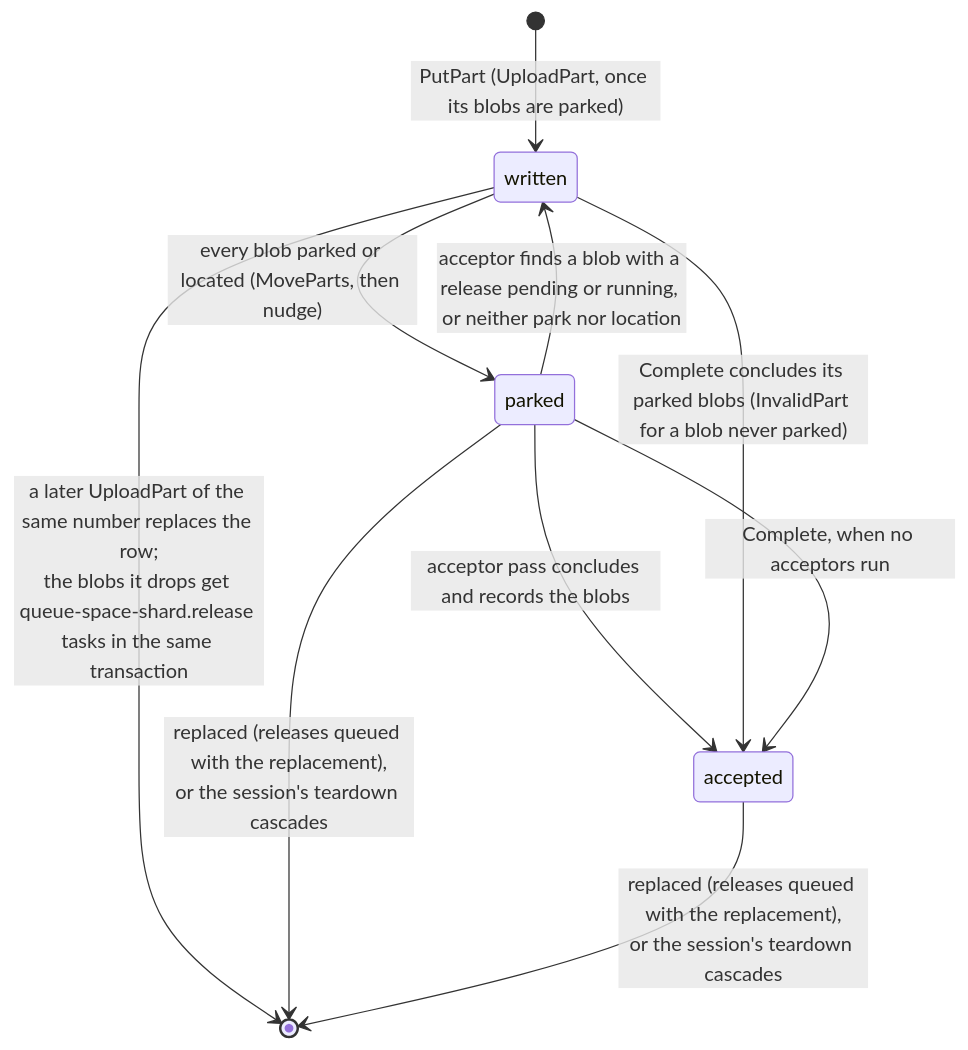
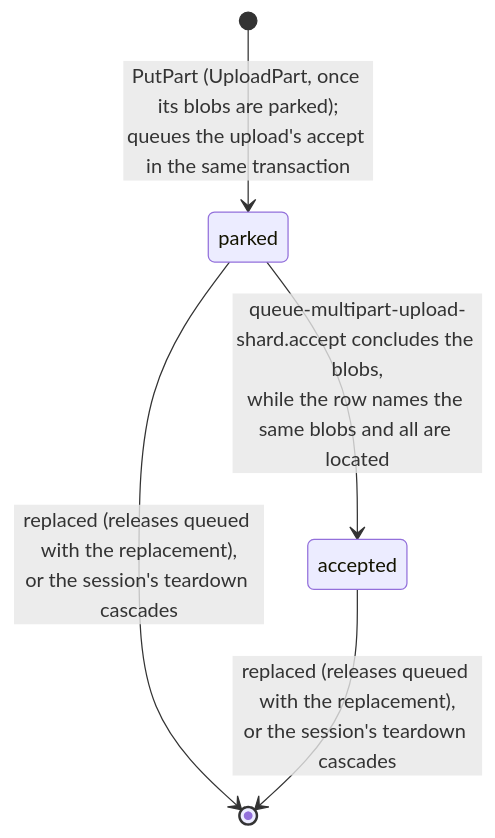
The seventh of 15 diagrams in docs/diagrams.md (fil-forge/ingot), drawn with Mermaid before and after one commit. The commit also changed other lines of this file and 37 other files, not shown here.

First line of the commit message:
feat: accept multipart parts with a queued task (#348)

````diff
--- a/docs/diagrams.md
+++ b/docs/diagrams.md
@@ -632,12 +627,7 @@
 ```mermaid
 stateDiagram-v2
-    [*] --> written : PutPart (UploadPart, once its blobs are parked)
-    written --> parked : every blob parked or located (MoveParts, then nudge)
-    parked --> accepted : acceptor pass concludes and records the blobs
-    parked --> written : acceptor finds a blob with a release pending or running, or neither park nor location
-    written --> accepted : Complete concludes its parked blobs (InvalidPart for a blob never parked)
-    parked --> accepted : Complete, when no acceptors run
-    written --> [*] : a later UploadPart of the same number replaces the row#59;<br/>the blobs it drops get queue-space-shard.release tasks in the same transaction
+    [*] --> parked : PutPart (UploadPart, once its blobs are parked)#59;<br/>queues the upload's accept in the same transaction
+    parked --> accepted : queue-multipart-upload-shard.accept concludes the blobs,<br/>while the row names the same blobs and all are located
     parked --> [*] : replaced (releases queued with the replacement),<br/>or the session's teardown cascades
     accepted --> [*] : replaced (releases queued with the replacement),<br/>or the session's teardown cascades
 ```
````
